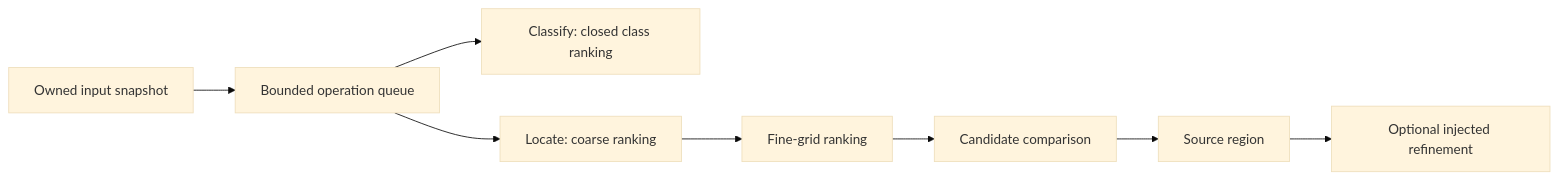
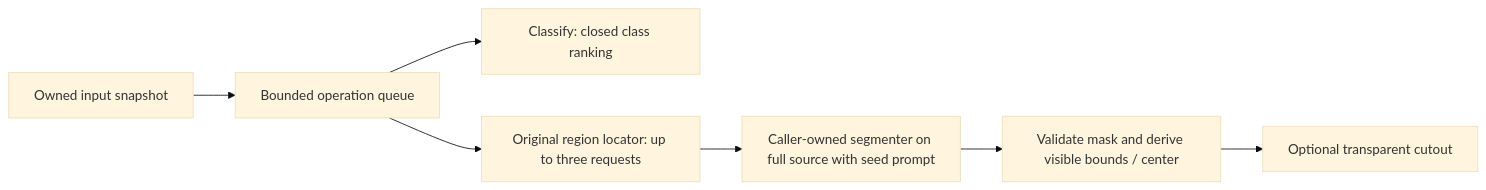
The diagram in docs/architecture.md (zoomplus/zorya-classifier), drawn with Mermaid (base theme) before and after one commit. The commit also changed other lines of this file and 7 other files, not shown here.

Commit message:
Document region-seeded mask extraction as primary flow

````diff
--- a/docs/architecture.md
+++ b/docs/architecture.md
@@ -9,10 +9,9 @@
 ```mermaid
 flowchart LR
   I[Owned input snapshot] --> G[Bounded operation queue]
   G --> C[Classify: closed class ranking]
-  G --> L[Locate: coarse ranking]
-  L --> F[Fine-grid ranking]
-  F --> V[Candidate comparison]
-  V --> R[Source region]
-  R --> O[Optional injected refinement]
+  G --> L[Original region locator: up to three requests]
+  L --> S[Caller-owned segmenter on full source with seed prompt]
+  S --> M[Validate mask and derive visible bounds / center]
+  M --> X[Optional transparent cutout]
 ```
````
